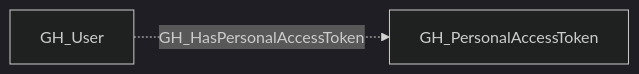
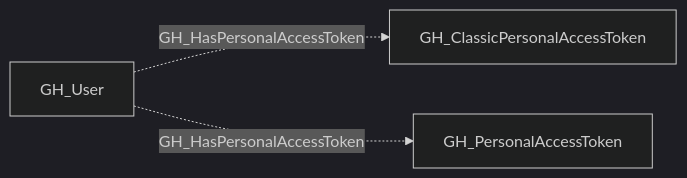
The diagram in descriptions/edges/GH_HasPersonalAccessToken.md (SpecterOps/openhound-github), drawn with Mermaid (dark theme) before and after one commit. The commit also changed other lines of this file and 18 other files, not shown here.

````diff
--- a/descriptions/edges/GH_HasPersonalAccessToken.md
+++ b/descriptions/edges/GH_HasPersonalAccessToken.md
@@ -15,6 +16,8 @@
 ```mermaid
 graph LR
     n0["GH_User"]
-    n1["GH_PersonalAccessToken"]
+    n1["GH_ClassicPersonalAccessToken"]
+    n2["GH_PersonalAccessToken"]
     n0 -.->|GH_HasPersonalAccessToken| n1
+    n0 -.->|GH_HasPersonalAccessToken| n2
 ```
````
